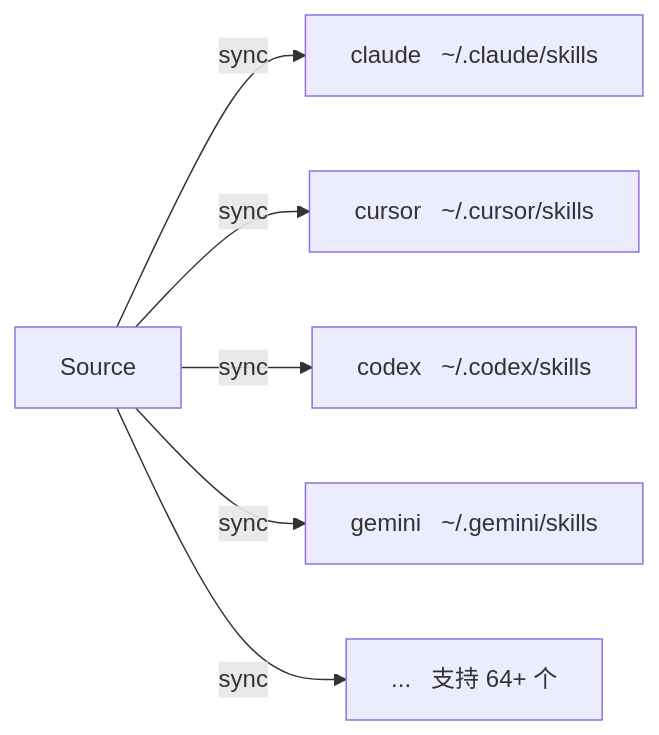
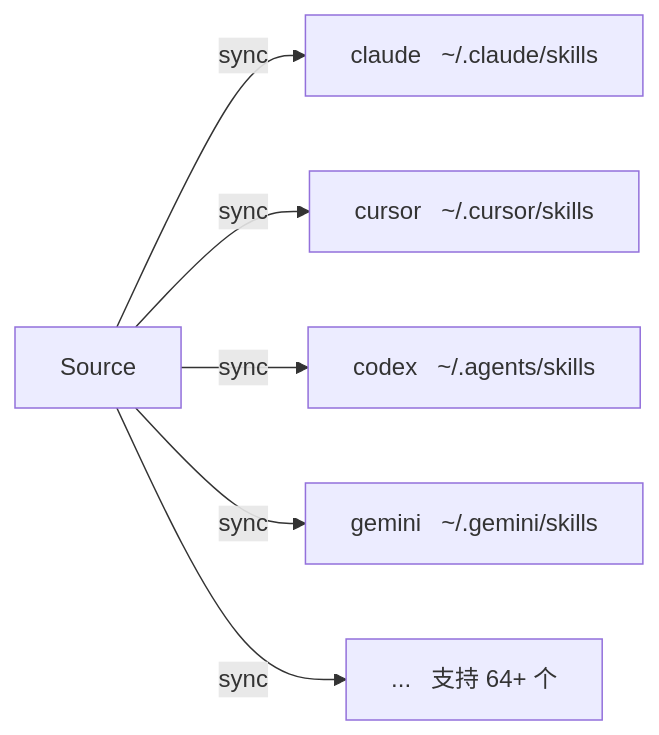
The diagram in website/i18n/zh-Hans/docusaurus-plugin-content-docs/current/reference/targets/index.md (Mu-L/skillshare), drawn with Mermaid before and after one commit. The commit also changed 36 other files, not shown here.

First line of the commit message:
fix(targets): point the codex target at ~/.agents/skills

````diff
--- a/website/i18n/zh-Hans/docusaurus-plugin-content-docs/current/reference/targets/index.md
+++ b/website/i18n/zh-Hans/docusaurus-plugin-content-docs/current/reference/targets/index.md
@@ -11,15 +11,15 @@
 ```mermaid
 flowchart LR
     SRC["Source"]
     TGT_CLAUDE["claude &nbsp; ~/.claude/skills"]
     TGT_CURSOR["cursor &nbsp; ~/.cursor/skills"]
-    TGT_CODEX["codex &nbsp; ~/.codex/skills"]
+    TGT_CODEX["codex &nbsp; ~/.agents/skills"]
     TGT_GEMINI["gemini &nbsp; ~/.gemini/skills"]
     TGT_MORE["... &nbsp; 支持 64+ 个"]
 
     SRC -->|sync| TGT_CLAUDE
     SRC -->|sync| TGT_CURSOR
     SRC -->|sync| TGT_CODEX
     SRC -->|sync| TGT_GEMINI
     SRC -->|sync| TGT_MORE
 ```
````
